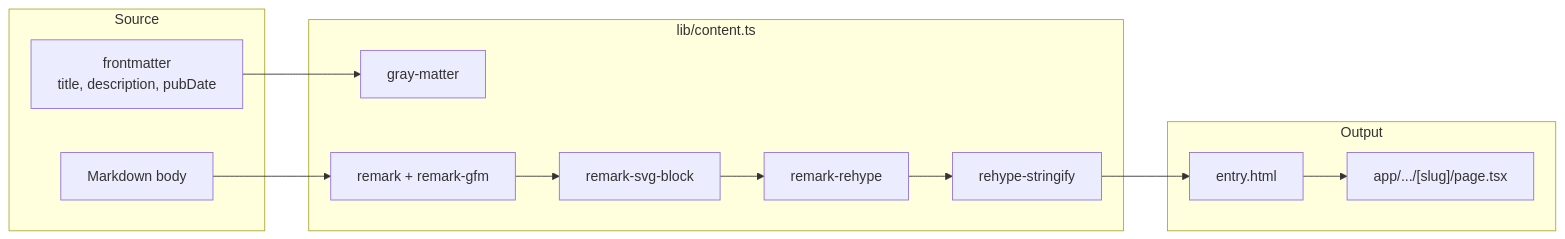
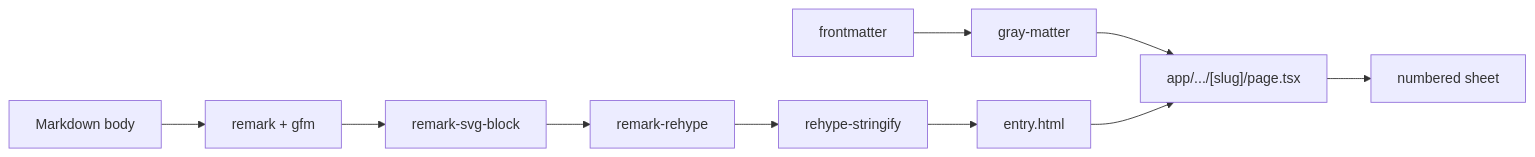
The fourth of 5 diagrams in README.md (ax5hay/akshaybajpai.com), drawn with Mermaid before and after one commit. The commit also changed other lines of this file and 3 other files, not shown here.

````diff
--- a/README.md
+++ b/README.md
@@ -228,24 +294,10 @@
 ```mermaid
 flowchart LR
-  subgraph Source
-    FM["frontmatter<br/>title, description, pubDate"]
-    BODY["Markdown body"]
-  end
-
-  subgraph lib/content.ts
-    GM["gray-matter"]
-    RM["remark + remark-gfm"]
-    RH["remark-rehype"]
-    RS["rehype-stringify"]
-    SVG["remark-svg-block"]
-  end
-
-  subgraph Output
-    HTML["entry.html"]
-    ROUTE["app/.../[slug]/page.tsx"]
-  end
-
-  FM --> GM
-  BODY --> RM --> SVG --> RH --> RS --> HTML
+  FM["frontmatter"] --> GM["gray-matter"]
+  BODY["Markdown body"] --> RM["remark + gfm"]
+  RM --> SVG["remark-svg-block"] --> RH["remark-rehype"] --> RS["rehype-stringify"]
+  RS --> HTML["entry.html"]
+  GM --> ROUTE["app/.../[slug]/page.tsx"]
   HTML --> ROUTE
+  ROUTE --> SHEET["numbered sheet"]
 ```
````
